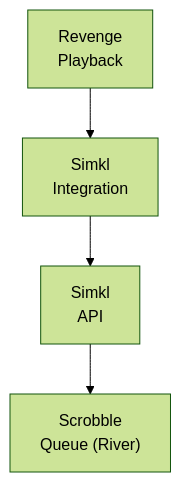
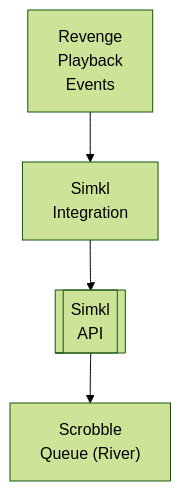
The diagram in docs/dev/design/integrations/scrobbling/SIMKL.md (lusoris/revenge), drawn with Mermaid (forest theme) before and after one commit. The commit also changed 208 other files, not shown here.

First line of the commit message:
feat(docs): Improve ASCII to Mermaid converter with proper box extraction

````diff
--- a/docs/dev/design/integrations/scrobbling/SIMKL.md
+++ b/docs/dev/design/integrations/scrobbling/SIMKL.md
@@ -59,10 +59,10 @@
 ```mermaid
 flowchart TD
-    node1["Revenge<br/>Playback"]
+    node1["Revenge<br/>Playback<br/>Events"]
     node2["Simkl<br/>Integration"]
-    node3["Simkl<br/>API"]
+    node3[[Simkl<br/>API]]
     node4["Scrobble<br/>Queue (River)"]
     node1 --> node2
     node2 --> node3
     node3 --> node4
 ```
````
